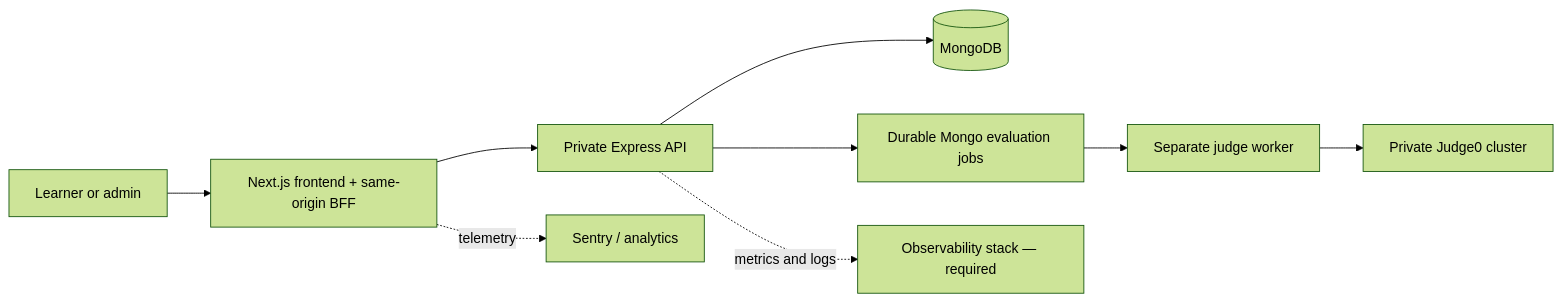
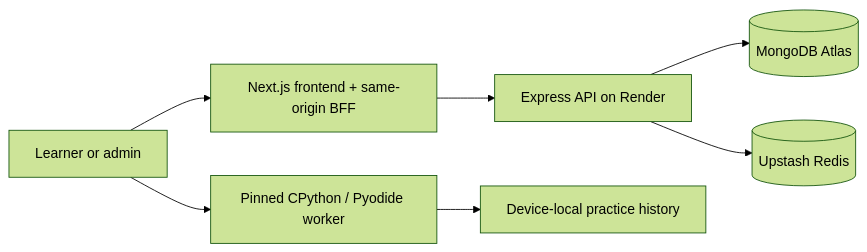
One commit to Katalume/documentation changed the diagram in docs/index.md. Above: the diagram before and after it, drawn with Mermaid (forest theme). The commit also changed other lines of this file and 14 other files, not shown here.

````diff
--- a/docs/index.md
+++ b/docs/index.md
@@ -32,11 +32,9 @@
 ```mermaid
 flowchart LR
     U["Learner or admin"] --> F["Next.js frontend + same-origin BFF"]
-    F --> A["Private Express API"]
-    A --> M[("MongoDB")]
-    A --> Q["Durable Mongo evaluation jobs"]
-    Q --> W["Separate judge worker"]
-    W --> J["Private Judge0 cluster"]
-    F -. telemetry .-> S["Sentry / analytics"]
-    A -. metrics and logs .-> O["Observability stack — required"]
+    F --> A["Express API on Render"]
+    A --> M[("MongoDB Atlas")]
+    A --> R[("Upstash Redis")]
+    U --> P["Pinned CPython / Pyodide worker"]
+    P --> H["Device-local practice history"]
 ```
````
